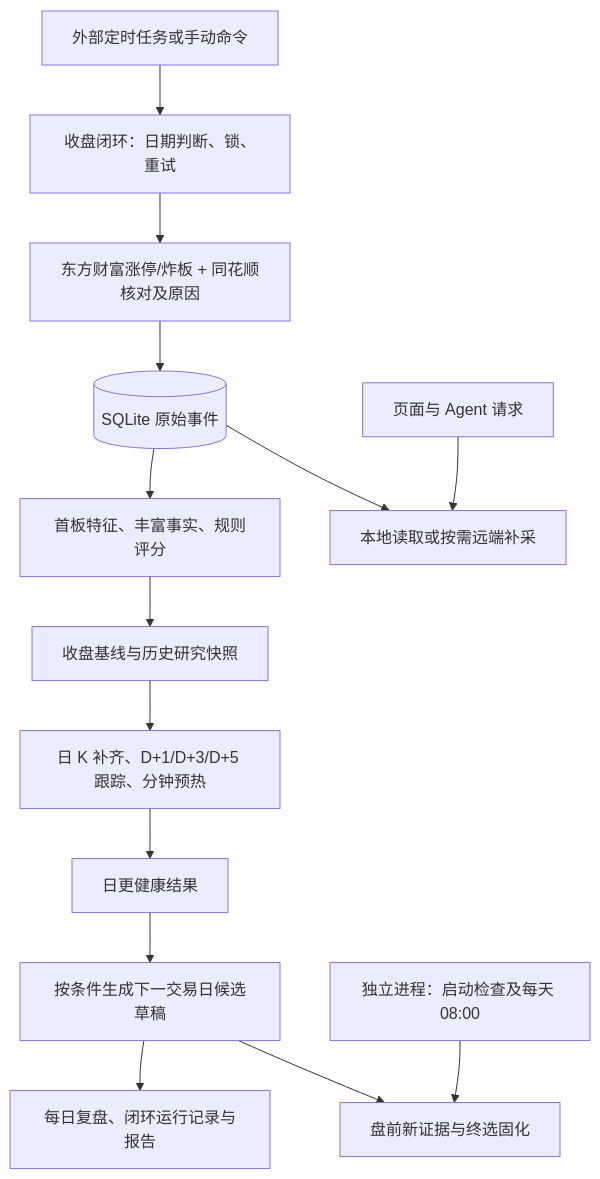
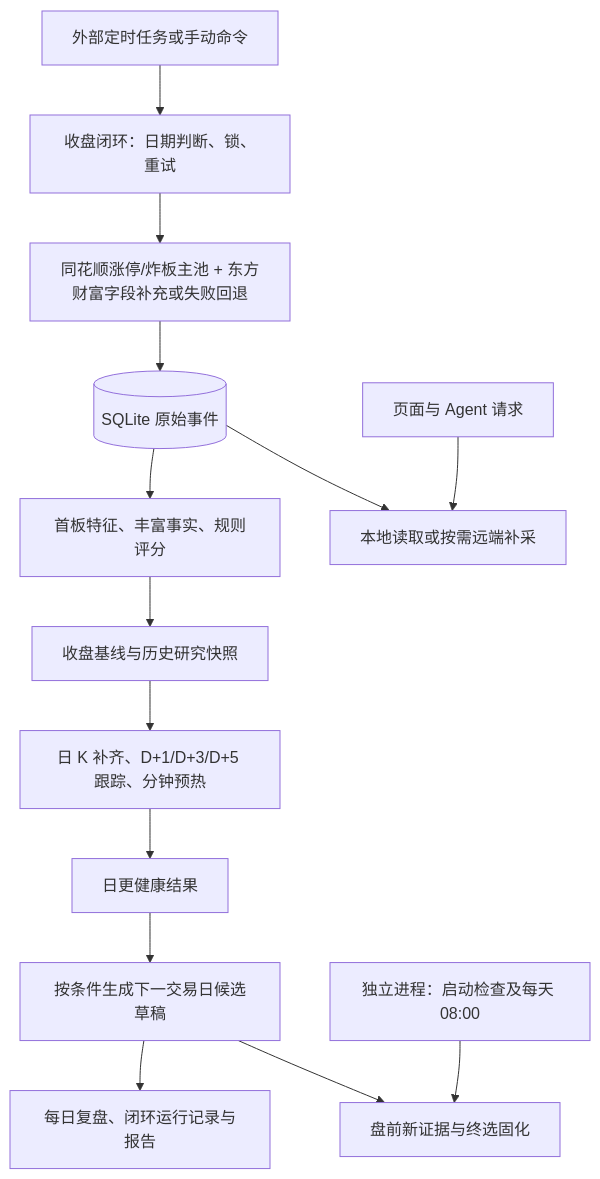
The diagram in 数据采集.md (bibofu/LimitUpLab), drawn with Mermaid before and after one commit. The commit also changed other lines of this file and 12 other files, not shown here.

````diff
--- a/数据采集.md
+++ b/数据采集.md
@@ -19,16 +19,16 @@
 ```mermaid
 flowchart TD
     A[外部定时任务或手动命令] --> B[收盘闭环：日期判断、锁、重试]
-    B --> C[东方财富涨停/炸板 + 同花顺核对及原因]
+    B --> C[同花顺涨停/炸板主池 + 东方财富字段补充或失败回退]
     C --> D[(SQLite 原始事件)]
     D --> E[首板特征、丰富事实、规则评分]
     E --> F[收盘基线与历史研究快照]
     F --> G[日 K 补齐、D+1/D+3/D+5 跟踪、分钟预热]
     G --> H[日更健康结果]
     H --> I[按条件生成下一交易日候选草稿]
     I --> N[每日复盘、闭环运行记录与报告]
     J[独立进程：启动检查及每天 08:00] --> K[盘前新证据与终选固化]
     I --> K
     L[页面与 Agent 请求] --> M[本地读取或按需远端补采]
     D --> M
 ```
````
